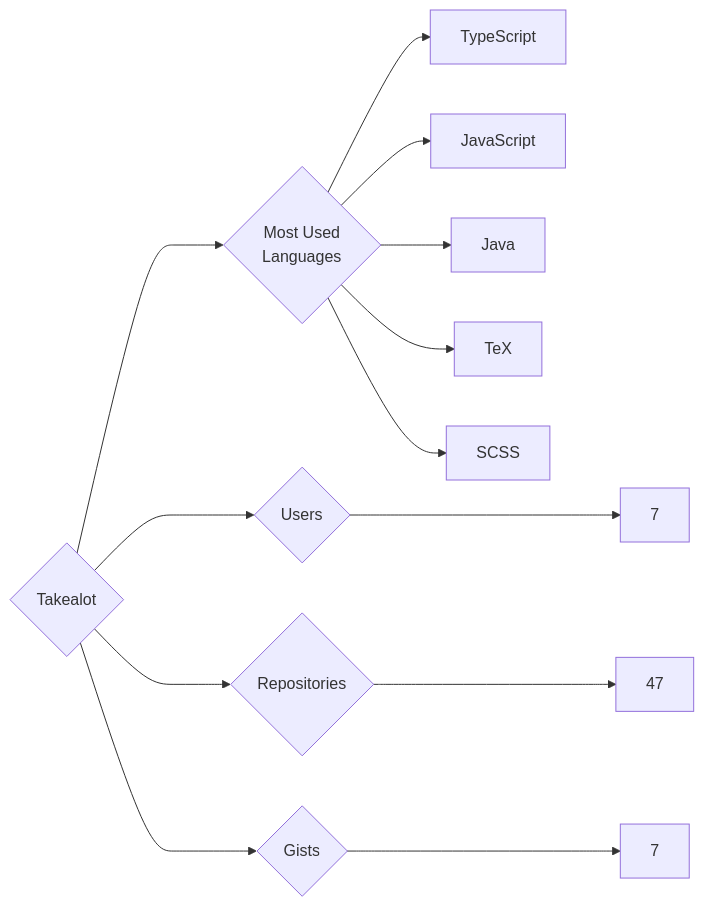
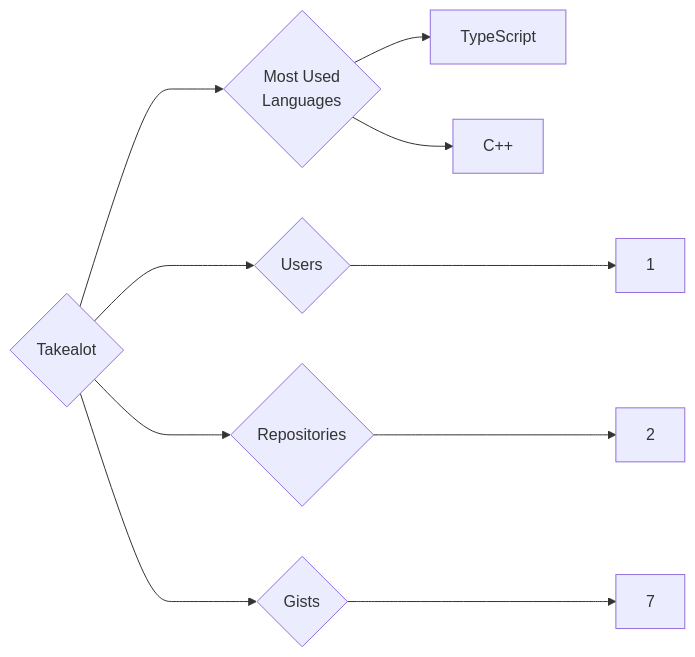
One commit to trickest/insiders changed the diagram in targets/Takealot/README.md. Above: the diagram before and after it, drawn with Mermaid. The commit also changed 773 other files, not shown here.

````diff
--- a/targets/Takealot/README.md
+++ b/targets/Takealot/README.md
@@ -3,13 +3,10 @@
 ```mermaid
 graph LR
 COMPANY_NAME{Takealot}
-COMPANY_NAME ---> U{Users} ---> UN[7]
-COMPANY_NAME ---> R{Repositories} ---> RN[47]
+COMPANY_NAME ---> U{Users} ---> UN[1]
+COMPANY_NAME ---> R{Repositories} ---> RN[2]
 COMPANY_NAME ---> G{Gists} ---> GN[7]
 COMPANY_NAME ---> ML{Most Used<br>Languages}
 ML --> TypeScript[TypeScript]
-ML --> JavaScript[JavaScript]
-ML --> Java[Java]
-ML --> TeX[TeX]
-ML --> SCSS[SCSS]
+ML --> C++[C++]
 ```
````
